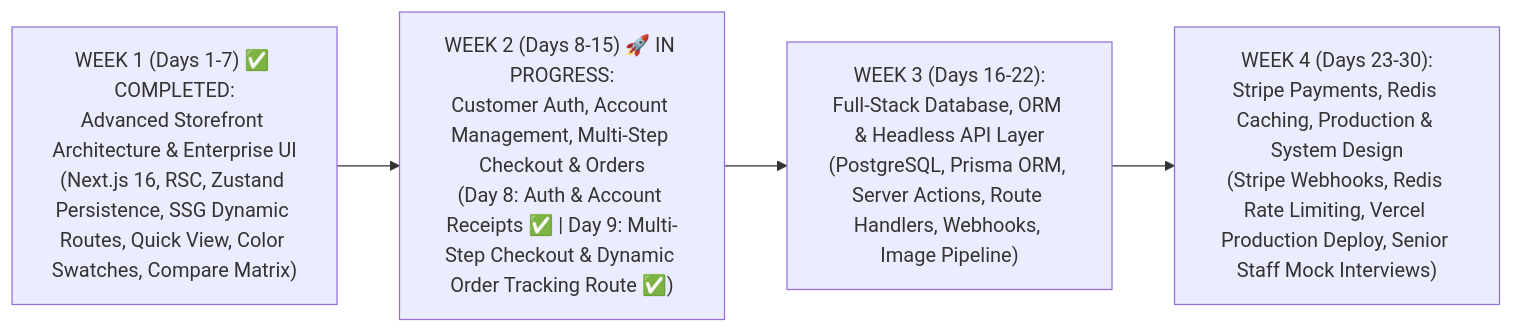
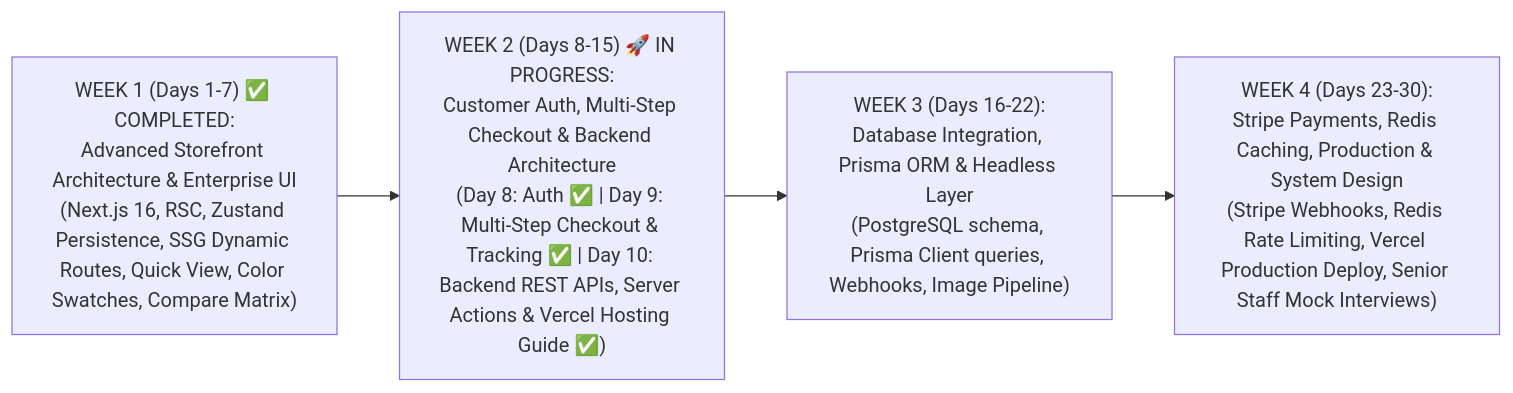
The first of 2 diagrams in COURSE_NOTES.md (AdarshRG/nova-ecommerce), drawn with Mermaid before and after one commit. The commit also changed other lines of this file and 8 other files, not shown here.

````diff
--- a/COURSE_NOTES.md
+++ b/COURSE_NOTES.md
@@ -11,6 +12,6 @@
 ```mermaid
 flowchart LR
-    W1["WEEK 1 (Days 1-7) ✅ COMPLETED:<br/>Advanced Storefront Architecture & Enterprise UI<br/>(Next.js 16, RSC, Zustand Persistence, SSG Dynamic Routes, Quick View, Color Swatches, Compare Matrix)"] --> W2["WEEK 2 (Days 8-15) 🚀 IN PROGRESS:<br/>Customer Auth, Account Management, Multi-Step Checkout & Orders<br/>(Day 8: Auth & Account Receipts ✅ | Day 9: Multi-Step Checkout & Dynamic Order Tracking Route ✅)"]
-    W2 --> W3["WEEK 3 (Days 16-22):<br/>Full-Stack Database, ORM & Headless API Layer<br/>(PostgreSQL, Prisma ORM, Server Actions, Route Handlers, Webhooks, Image Pipeline)"]
+    W1["WEEK 1 (Days 1-7) ✅ COMPLETED:<br/>Advanced Storefront Architecture & Enterprise UI<br/>(Next.js 16, RSC, Zustand Persistence, SSG Dynamic Routes, Quick View, Color Swatches, Compare Matrix)"] --> W2["WEEK 2 (Days 8-15) 🚀 IN PROGRESS:<br/>Customer Auth, Multi-Step Checkout & Backend Architecture<br/>(Day 8: Auth ✅ | Day 9: Multi-Step Checkout & Tracking ✅ | Day 10: Backend REST APIs, Server Actions & Vercel Hosting Guide ✅)"]
+    W2 --> W3["WEEK 3 (Days 16-22):<br/>Database Integration, Prisma ORM & Headless Layer<br/>(PostgreSQL schema, Prisma Client queries, Webhooks, Image Pipeline)"]
     W3 --> W4["WEEK 4 (Days 23-30):<br/>Stripe Payments, Redis Caching, Production & System Design<br/>(Stripe Webhooks, Redis Rate Limiting, Vercel Production Deploy, Senior Staff Mock Interviews)"]
 ```
````
